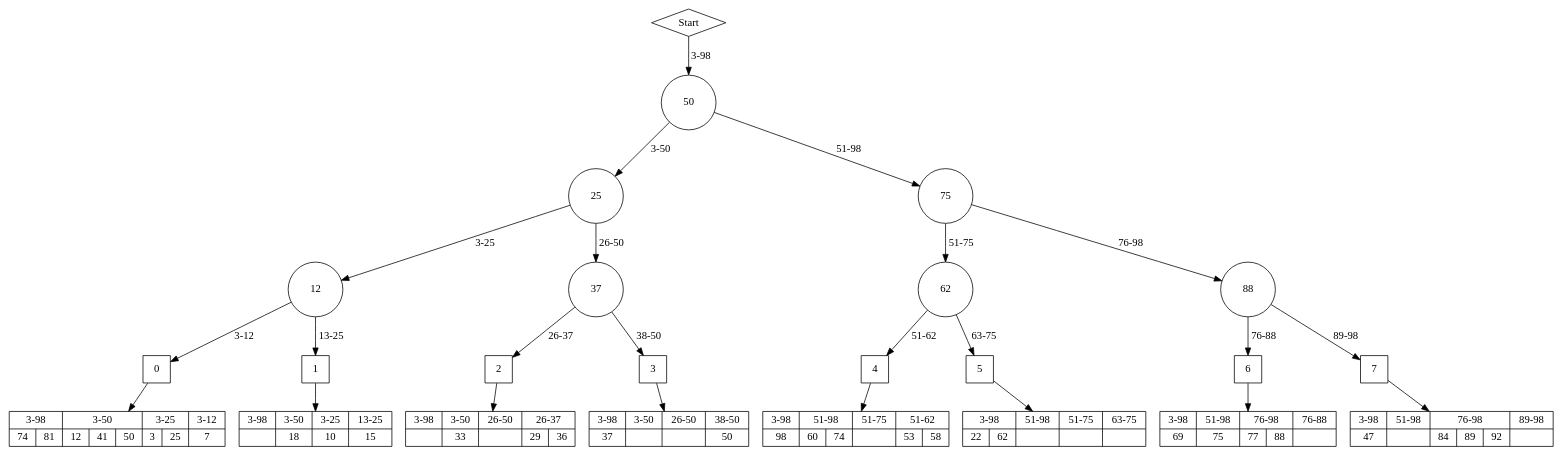
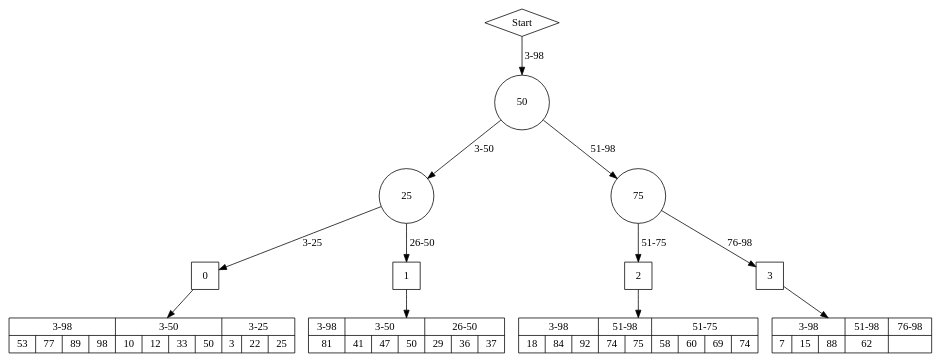
One commit to codesniper123/acetree changed the diagram in ace.dot. Above: the diagram before and after it, drawn with Graphviz. The commit also changed 8 other files, not shown here.

```diff
--- a/ace.dot
+++ b/ace.dot
@@ -1,50 +1,26 @@
 digraph graphname{
 ratio="fill";margin=0;
 Node0 [shape=diamond label="Start"]
 Node0 -> Node1 [label="3-98"]
 Node1 [width=1 height=1 label ="50"]
 Node1 -> Node2 [label="3-50"]
 Node2 [width=1 height=1 label ="25"]
 Node2 -> Node3 [label="3-25"]
-Node3 [width=1 height=1 label ="12"]
-Node3 -> Node4 [label="3-12"]
-Node4 [shape=rectangle width=0.5 height=0.5 label="0"]
-struct17 [shape=record label=" {3-98|{ 74|81}}|{3-50|{ 12|41|50}}|{3-25|{ 3|25}}|{3-12|{ 7}}"]
-Node4 -> struct17
-Node3 -> Node5 [label="13-25"]
-Node5 [shape=rectangle width=0.5 height=0.5 label="1"]
-struct21 [shape=record label=" {3-98|{}}|{3-50|{ 18}}|{3-25|{ 10}}|{13-25|{ 15}}"]
-Node5 -> struct21
-Node2 -> Node6 [label="26-50"]
-Node6 [width=1 height=1 label ="37"]
-Node6 -> Node7 [label="26-37"]
-Node7 [shape=rectangle width=0.5 height=0.5 label="2"]
-struct29 [shape=record label=" {3-98|{}}|{3-50|{ 33}}|{26-50|{}}|{26-37|{ 29|36}}"]
-Node7 -> struct29
-Node6 -> Node8 [label="38-50"]
-Node8 [shape=rectangle width=0.5 height=0.5 label="3"]
-struct33 [shape=record label=" {3-98|{ 37}}|{3-50|{}}|{26-50|{}}|{38-50|{ 50}}"]
-Node8 -> struct33
-Node1 -> Node9 [label="51-98"]
-Node9 [width=1 height=1 label ="75"]
-Node9 -> Node10 [label="51-75"]
-Node10 [width=1 height=1 label ="62"]
-Node10 -> Node11 [label="51-62"]
-Node11 [shape=rectangle width=0.5 height=0.5 label="4"]
-struct45 [shape=record label=" {3-98|{ 98}}|{51-98|{ 60|74}}|{51-75|{}}|{51-62|{ 53|58}}"]
-Node11 -> struct45
-Node10 -> Node12 [label="63-75"]
-Node12 [shape=rectangle width=0.5 height=0.5 label="5"]
-struct49 [shape=record label=" {3-98|{ 22|62}}|{51-98|{}}|{51-75|{}}|{63-75|{}}"]
-Node12 -> struct49
-Node9 -> Node13 [label="76-98"]
-Node13 [width=1 height=1 label ="88"]
-Node13 -> Node14 [label="76-88"]
-Node14 [shape=rectangle width=0.5 height=0.5 label="6"]
-struct57 [shape=record label=" {3-98|{ 69}}|{51-98|{ 75}}|{76-98|{ 77|88}}|{76-88|{}}"]
-Node14 -> struct57
-Node13 -> Node15 [label="89-98"]
-Node15 [shape=rectangle width=0.5 height=0.5 label="7"]
-struct61 [shape=record label=" {3-98|{ 47}}|{51-98|{}}|{76-98|{ 84|89|92}}|{89-98|{}}"]
-Node15 -> struct61
+Node3 [shape=rectangle width=0.5 height=0.5 label="0"]
+struct10 [shape=record label=" {3-98|{ 53|77|89|98}}|{3-50|{ 10|12|33|50}}|{3-25|{ 3|22|25}}"]
+Node3 -> struct10
+Node2 -> Node4 [label="26-50"]
+Node4 [shape=rectangle width=0.5 height=0.5 label="1"]
+struct13 [shape=record label=" {3-98|{ 81}}|{3-50|{ 41|47|50}}|{26-50|{ 29|36|37}}"]
+Node4 -> struct13
+Node1 -> Node5 [label="51-98"]
+Node5 [width=1 height=1 label ="75"]
+Node5 -> Node6 [label="51-75"]
+Node6 [shape=rectangle width=0.5 height=0.5 label="2"]
+struct19 [shape=record label=" {3-98|{ 18|84|92}}|{51-98|{ 74|75}}|{51-75|{ 58|60|69|74}}"]
+Node6 -> struct19
+Node5 -> Node7 [label="76-98"]
+Node7 [shape=rectangle width=0.5 height=0.5 label="3"]
+struct22 [shape=record label=" {3-98|{ 7|15|88}}|{51-98|{ 62}}|{76-98|{}}"]
+Node7 -> struct22
 }
```
